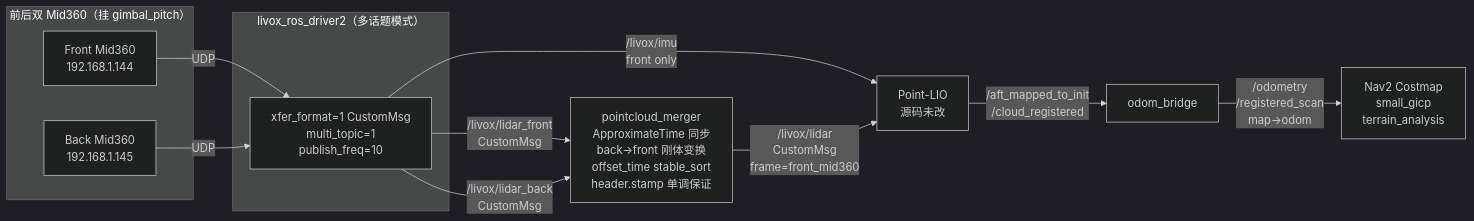
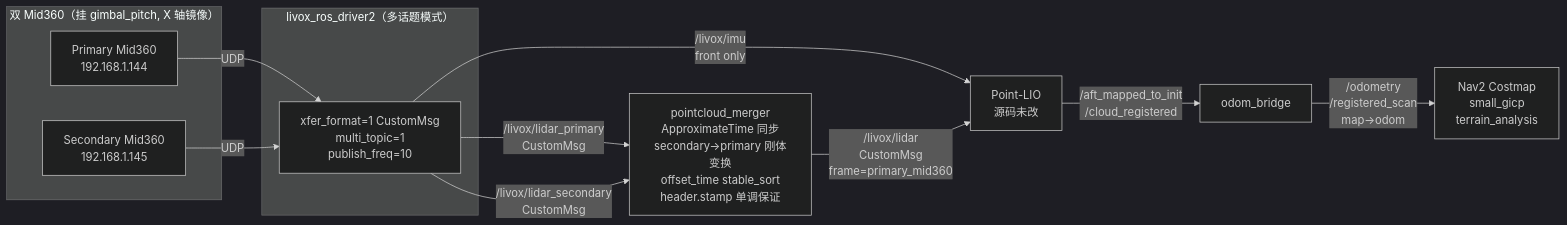
The first of 2 diagrams in src/sentry_nav/sentry_dual_mid360/docs/ARCHITECTURE.md (Boombroke/Sentry26), drawn with Mermaid (dark theme) before and after one commit. The commit also changed other lines of this file and 47 other files, not shown here.

First line of the commit message:
refactor(dual_mid360): front/back → primary/secondary 全链重命名

````diff
--- a/src/sentry_nav/sentry_dual_mid360/docs/ARCHITECTURE.md
+++ b/src/sentry_nav/sentry_dual_mid360/docs/ARCHITECTURE.md
@@ -28,23 +28,23 @@
 ```mermaid
 graph LR
-    subgraph Hardware["前后双 Mid360（挂 gimbal_pitch）"]
-        F[Front Mid360<br/>192.168.1.144]
-        B[Back Mid360<br/>192.168.1.145]
+    subgraph Hardware["双 Mid360（挂 gimbal_pitch, X 轴镜像）"]
+        F[Primary Mid360<br/>192.168.1.144]
+        B[Secondary Mid360<br/>192.168.1.145]
     end
 
     subgraph Driver["livox_ros_driver2（多话题模式）"]
         D[xfer_format=1 CustomMsg<br/>multi_topic=1<br/>publish_freq=10]
     end
 
     F -->|UDP| D
     B -->|UDP| D
 
-    D -->|/livox/lidar_front<br/>CustomMsg| M[pointcloud_merger<br/>ApproximateTime 同步<br/>back→front 刚体变换<br/>offset_time stable_sort<br/>header.stamp 单调保证]
-    D -->|/livox/lidar_back<br/>CustomMsg| M
+    D -->|/livox/lidar_primary<br/>CustomMsg| M[pointcloud_merger<br/>ApproximateTime 同步<br/>secondary→primary 刚体变换<br/>offset_time stable_sort<br/>header.stamp 单调保证]
+    D -->|/livox/lidar_secondary<br/>CustomMsg| M
     D -->|/livox/imu<br/>front only| PL
 
-    M -->|/livox/lidar<br/>CustomMsg<br/>frame=front_mid360| PL[Point-LIO<br/>源码未改]
+    M -->|/livox/lidar<br/>CustomMsg<br/>frame=primary_mid360| PL[Point-LIO<br/>源码未改]
 
     PL -->|/aft_mapped_to_init<br/>/cloud_registered| OB[odom_bridge]
     OB -->|/odometry<br/>/registered_scan<br/>map→odom| NAV[Nav2 Costmap<br/>small_gicp<br/>terrain_analysis]
 ```
````
